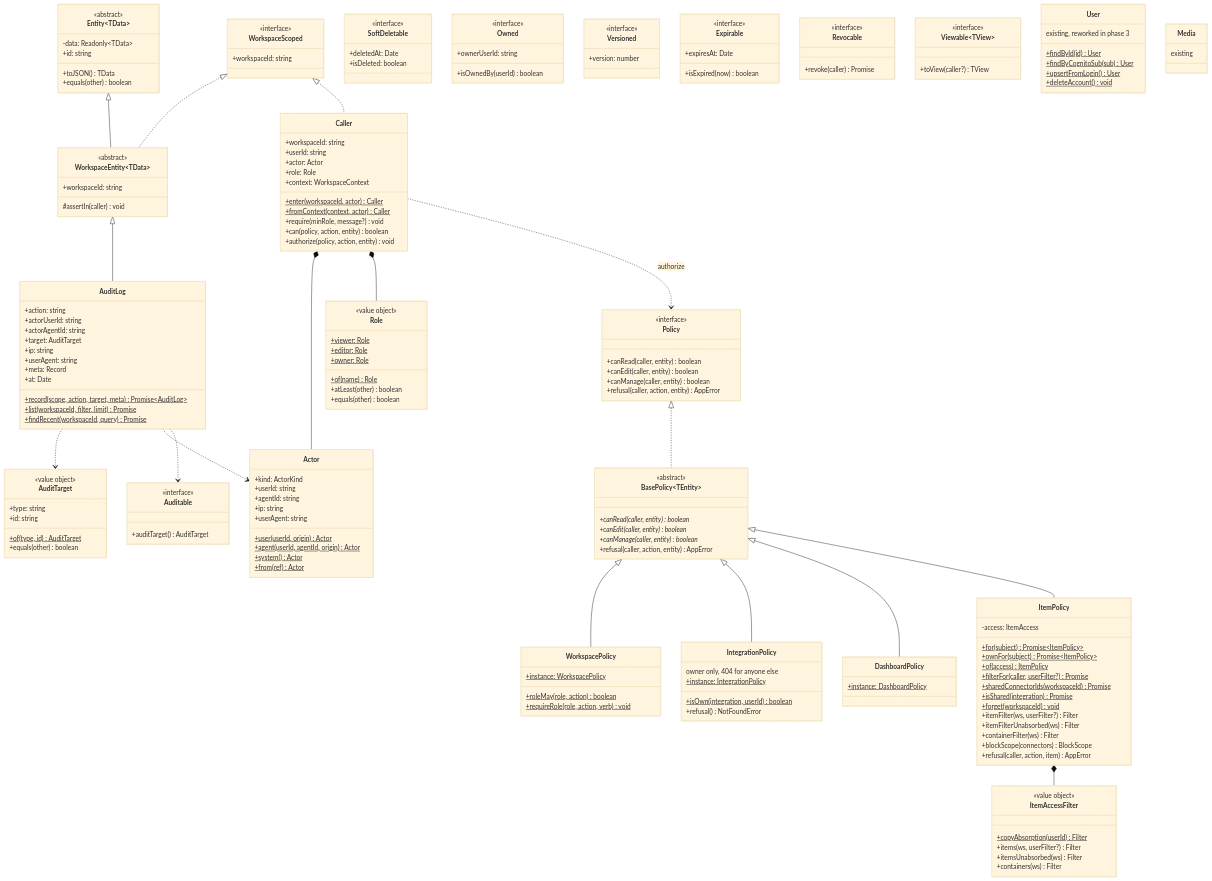
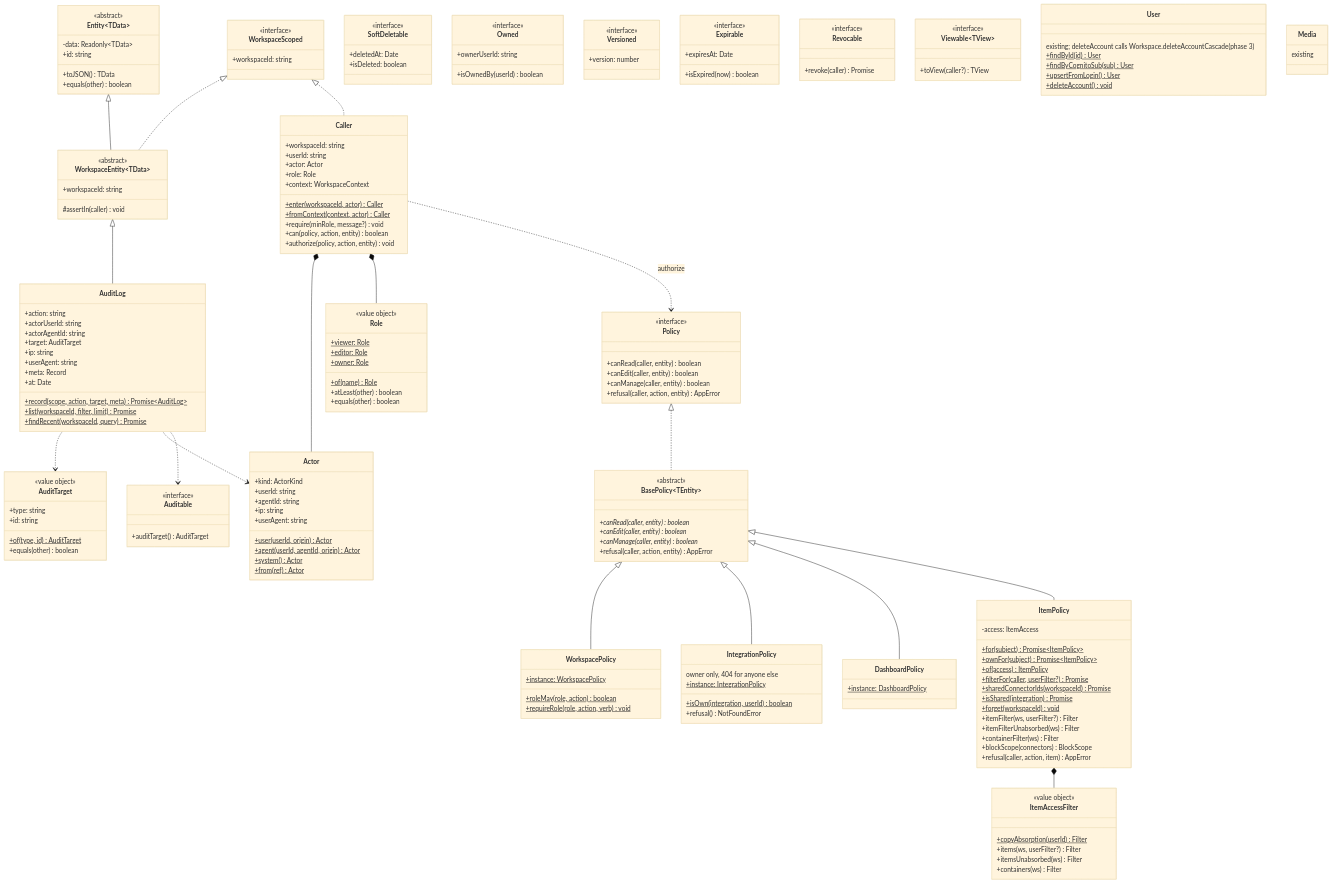
One commit to shalev396/ToDoList changed the first of 7 diagrams in docs/design/CLASSES.md. Above: the diagram before and after it, drawn with Mermaid (base theme). The commit also changed other lines of this file, not shown here.

Commit message:
docs: CLASSES.md records phase 3, the workspace classes

```diff
--- a/docs/design/CLASSES.md
+++ b/docs/design/CLASSES.md
@@ -219,7 +219,7 @@
   AuditLog ..> Auditable
 
   class User {
-    existing, reworked in phase 3
+    existing; deleteAccount calls Workspace.deleteAccountCascade (phase 3)
     +findById(id)$ User
     +findByCognitoSub(sub)$ User
     +upsertFromLogin()$ User
```
